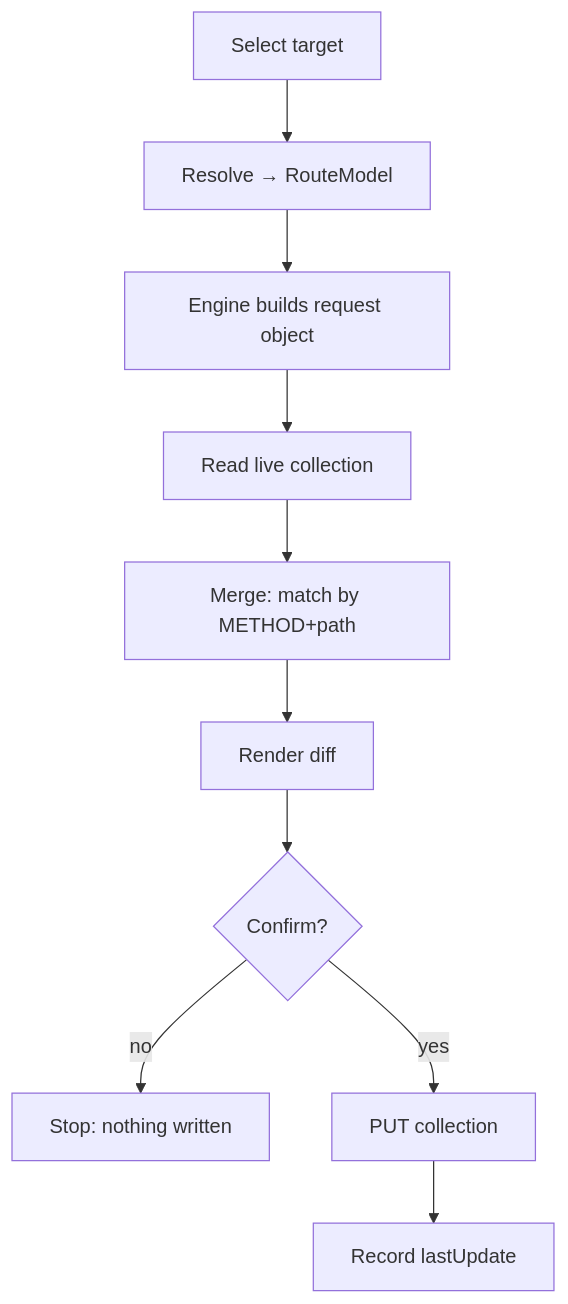
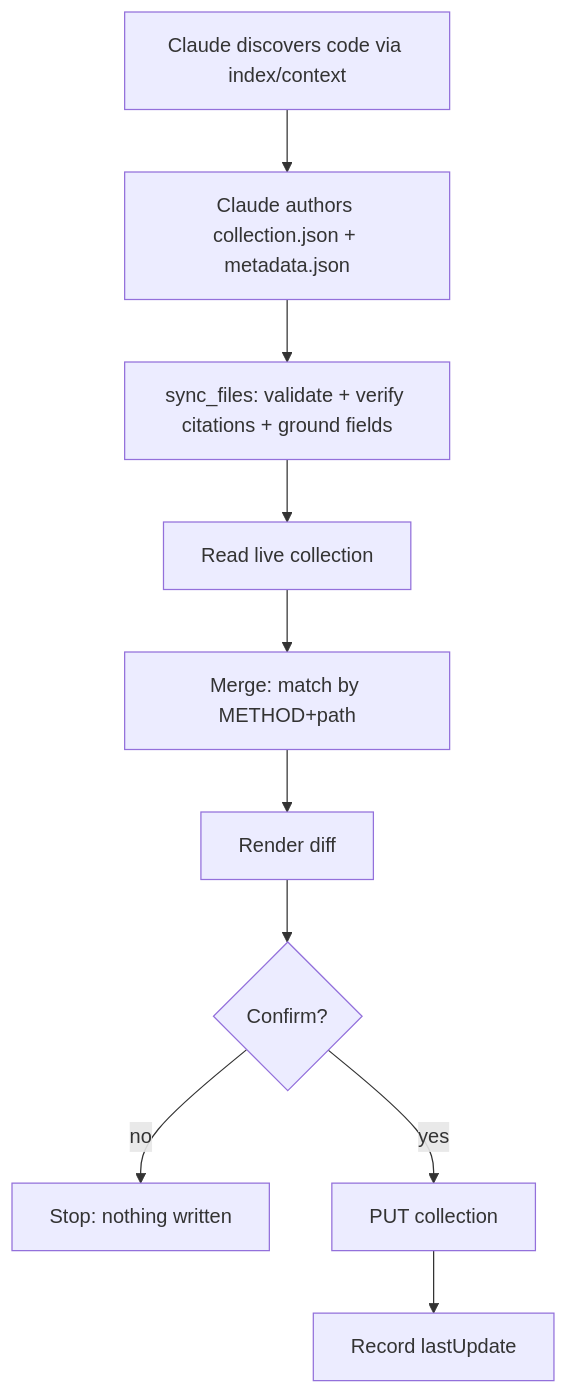
Before and after one commit to logesh-works/postman-mcp: the third of 3 diagrams in docs/architecture/overview.md, drawn with Mermaid. The commit also changed other lines of this file and 129 other files, not shown here.

````diff
--- a/docs/architecture/overview.md
+++ b/docs/architecture/overview.md
@@ -103,12 +126,12 @@
 ```mermaid
 flowchart TD
-    A[Select target] --> B[Resolve → RouteModel]
-    B --> C[Engine builds request object]
+    A[Claude discovers code via index/context] --> B[Claude authors collection.json + metadata.json]
+    B --> C[sync_files: validate + verify citations + ground fields]
     C --> D[Read live collection]
     D --> E[Merge: match by METHOD+path]
     E --> F[Render diff]
     F --> G{Confirm?}
     G -- no --> H[Stop: nothing written]
     G -- yes --> I[PUT collection]
     I --> J[Record lastUpdate]
 ```
````
